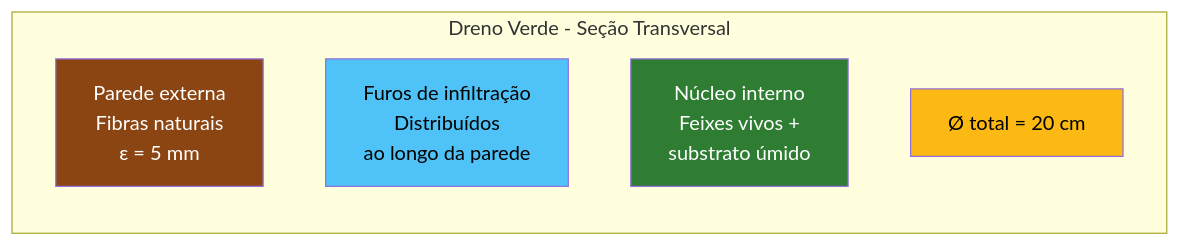
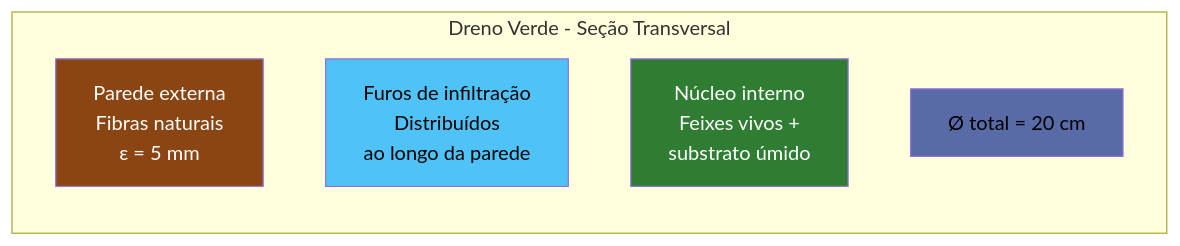
The fourth of 10 diagrams in aulas/bioengenharia_de_solos/aulas/feixes_vivos/feixes_vivos.qmd (ldvsantos/cv), drawn with Mermaid before and after one commit. The commit also changed other lines of this file and 466 other files, not shown here.

````diff
--- a/aulas/bioengenharia_de_solos/aulas/feixes_vivos/feixes_vivos.qmd
+++ b/aulas/bioengenharia_de_solos/aulas/feixes_vivos/feixes_vivos.qmd
@@ -510,15 +508,15 @@
 ```{mermaid}
 %%| fig-width: 5
 graph LR
     subgraph Dreno["Dreno Verde - Seção Transversal"]
         direction TB
         A["Parede externa<br>Fibras naturais<br>ε = 5 mm"]
         B["Furos de infiltração<br>Distribuídos<br>ao longo da parede"]
         C["Núcleo interno<br>Feixes vivos +<br>substrato úmido"]
         D["Ø total = 20 cm"]
     end
     style A fill:#8B4513,color:#fff
     style B fill:#4FC3F7,color:#000
     style C fill:#2E7D32,color:#fff
-    style D fill:#FDB913,color:#000
+    style D fill:#586BA6,color:#000
 ```
````
